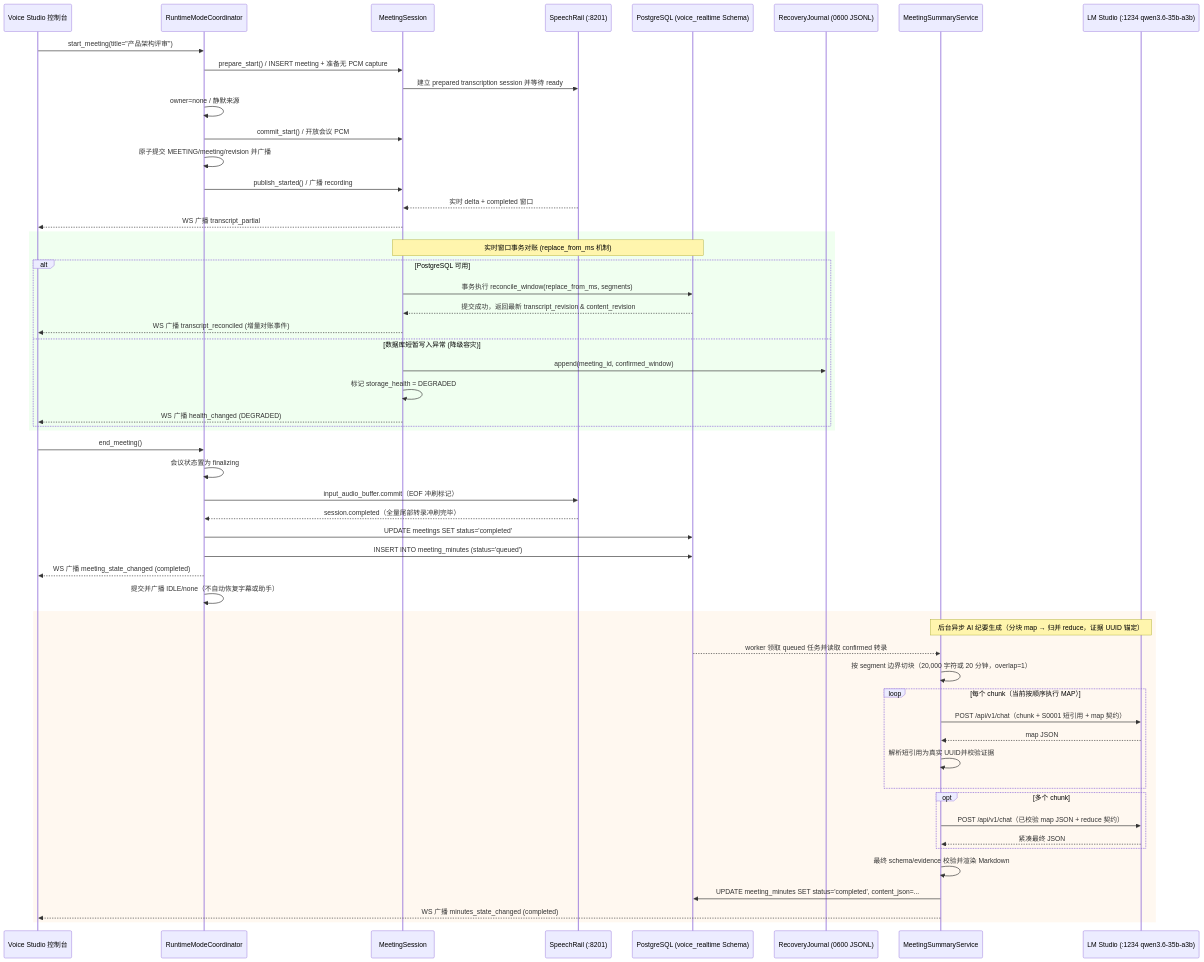
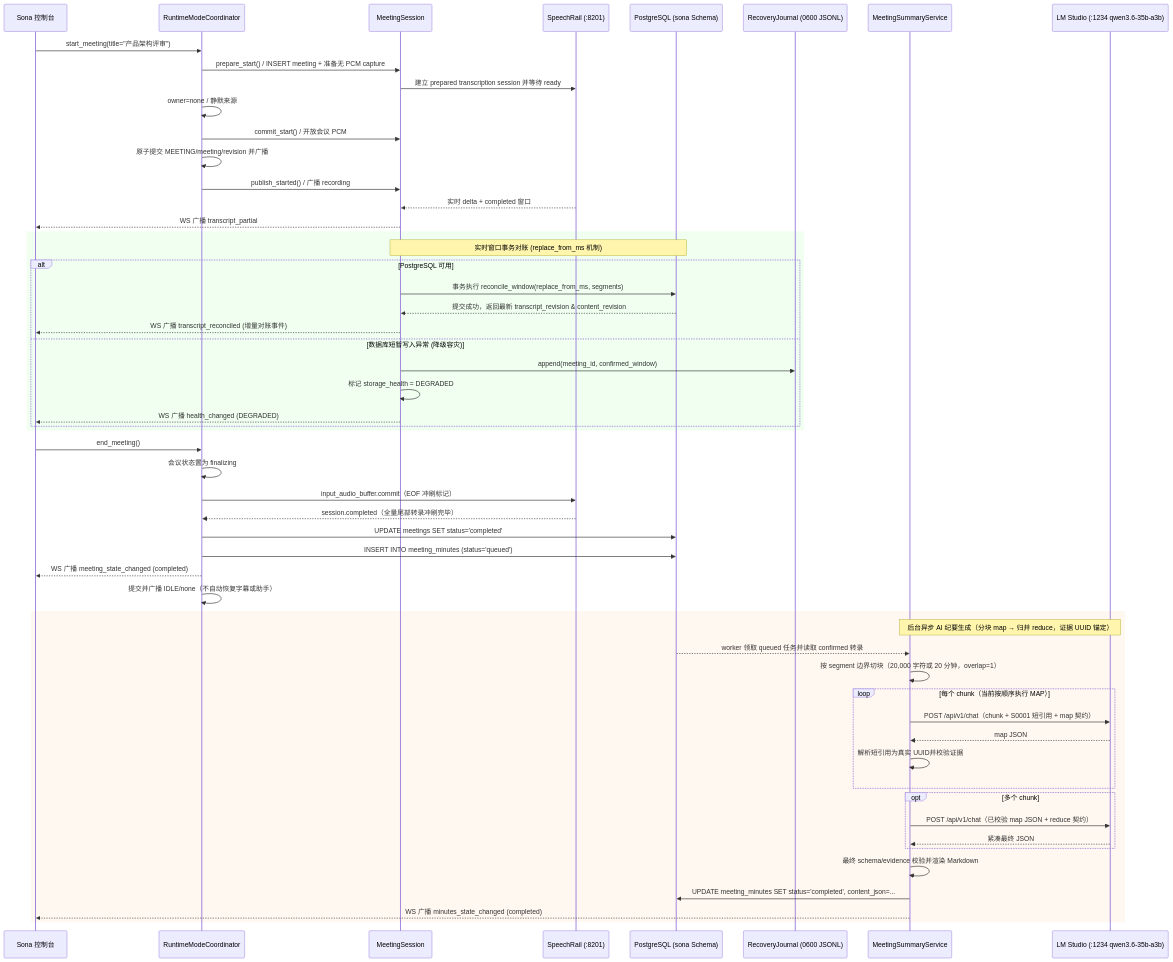
The tenth of 13 diagrams in docs/architecture/系统总体架构与详细设计方案.md (hrygo/voice-realtime), drawn with Mermaid before and after one commit. The commit also changed other lines of this file and 394 other files, not shown here.

First line of the commit message:
refactor: rename project voice-realtime → sona, migrate SpeechRail to OpenAI /v1/realtime

````diff
--- a/docs/architecture/系统总体架构与详细设计方案.md
+++ b/docs/architecture/系统总体架构与详细设计方案.md
@@ -566,61 +566,61 @@
 ```mermaid
 sequenceDiagram
-    participant UI as Voice Studio 控制台
+    participant UI as Sona 控制台
     participant RT as RuntimeModeCoordinator
     participant MS as MeetingSession
     participant SR as SpeechRail (:8201)
-    participant PG as PostgreSQL (voice_realtime Schema)
+    participant PG as PostgreSQL (sona Schema)
     participant RJ as RecoveryJournal (0600 JSONL)
     participant SW as MeetingSummaryService
     participant LM as LM Studio (:1234 qwen3.6-35b-a3b)
 
     UI->>RT: start_meeting(title="产品架构评审")
     RT->>MS: prepare_start() / INSERT meeting + 准备无 PCM capture
     MS->>SR: 建立 prepared transcription session 并等待 ready
     RT->>RT: owner=none / 静默来源
     RT->>MS: commit_start() / 开放会议 PCM
     RT->>RT: 原子提交 MEETING/meeting/revision 并广播
     RT->>MS: publish_started() / 广播 recording
     SR-->>MS: 实时 delta + completed 窗口
     MS-->>UI: WS 广播 transcript_partial
 
     rect rgb(240, 255, 240)
     Note over MS,PG: 实时窗口事务对账 (replace_from_ms 机制)
     alt PostgreSQL 可用
         MS->>PG: 事务执行 reconcile_window(replace_from_ms, segments)
         PG-->>MS: 提交成功，返回最新 transcript_revision & content_revision
         MS-->>UI: WS 广播 transcript_reconciled (增量对账事件)
     else 数据库短暂写入异常 (降级容灾)
         MS->>RJ: append(meeting_id, confirmed_window)
         MS->>MS: 标记 storage_health = DEGRADED
         MS-->>UI: WS 广播 health_changed (DEGRADED)
     end
     end
 
     UI->>RT: end_meeting()
     RT->>RT: 会议状态置为 finalizing
     RT->>SR: input_audio_buffer.commit（EOF 冲刷标记）
     SR-->>RT: session.completed（全量尾部转录冲刷完毕）
     RT->>PG: UPDATE meetings SET status='completed'
     RT->>PG: INSERT INTO meeting_minutes (status='queued')
     RT-->>UI: WS 广播 meeting_state_changed (completed)
     RT->>RT: 提交并广播 IDLE/none（不自动恢复字幕或助手）
 
     rect rgb(255, 248, 240)
     Note over SW,LM: 后台异步 AI 纪要生成（分块 map → 归并 reduce，证据 UUID 锚定）
     PG-->>SW: worker 领取 queued 任务并读取 confirmed 转录
     SW->>SW: 按 segment 边界切块（20,000 字符或 20 分钟，overlap=1）
     loop 每个 chunk（当前按顺序执行 MAP）
         SW->>LM: POST /api/v1/chat（chunk + S0001 短引用 + map 契约）
         LM-->>SW: map JSON
         SW->>SW: 解析短引用为真实 UUID并校验证据
     end
     opt 多个 chunk
         SW->>LM: POST /api/v1/chat（已校验 map JSON + reduce 契约）
         LM-->>SW: 紧凑最终 JSON
     end
     SW->>SW: 最终 schema/evidence 校验并渲染 Markdown
     SW->>PG: UPDATE meeting_minutes SET status='completed', content_json=...
     SW-->>UI: WS 广播 minutes_state_changed (completed)
     end
 ```
````
